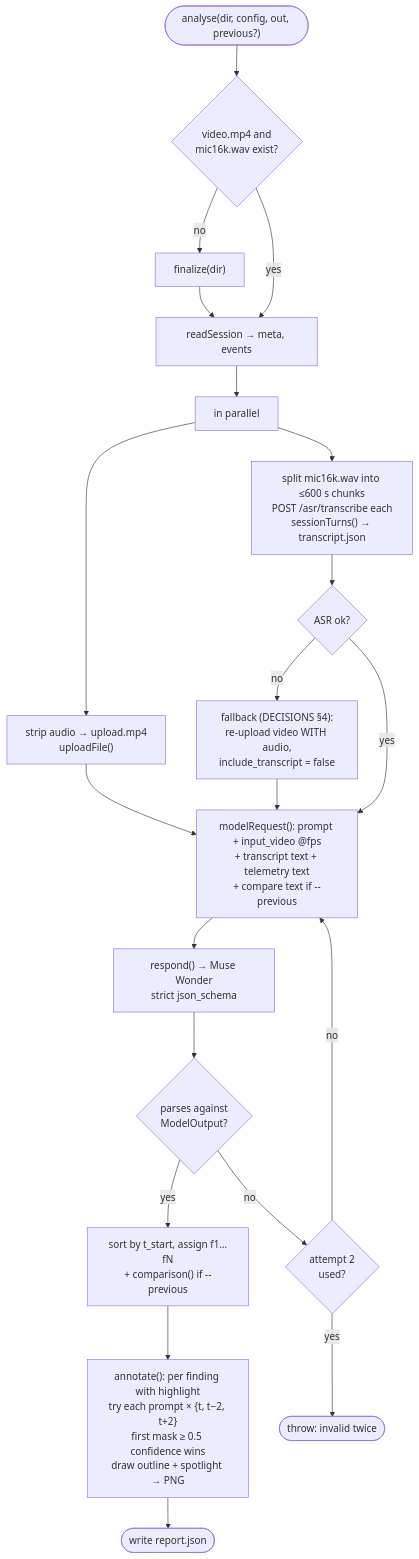
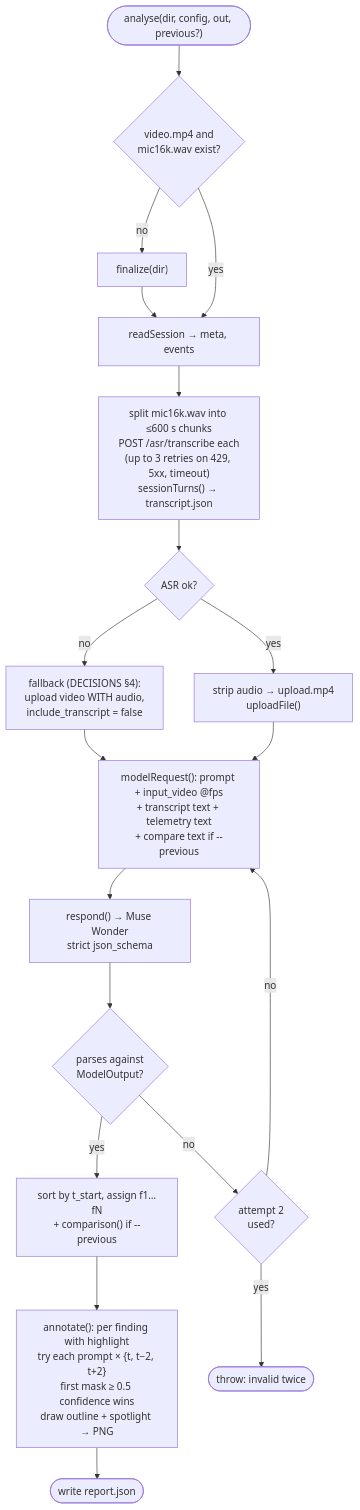
The fifth of 9 diagrams in docs/architecture.md (tornupgaming/playtest-analyst), drawn with Mermaid before and after one commit. The commit also changed other lines of this file and 14 other files, not shown here.

First line of the commit message:
TUG-135: retry ASR blips, upload the video once, retry a malformed patch answer, one-line CLI errors

````diff
--- a/docs/architecture.md
+++ b/docs/architecture.md
@@ -233,35 +230,32 @@
 ```mermaid
 flowchart TB
   start(["analyse(dir, config, out, previous?)"])
   fin{"video.mp4 and<br/>mic16k.wav exist?"}
   doFin["finalize(dir)"]
   read["readSession → meta, events"]
-  par["in parallel"]
   up["strip audio → upload.mp4<br/>uploadFile()"]
-  asr["split mic16k.wav into ≤600 s chunks<br/>POST /asr/transcribe each<br/>sessionTurns() → transcript.json"]
+  asr["split mic16k.wav into ≤600 s chunks<br/>POST /asr/transcribe each<br/>(up to 3 retries on 429, 5xx, timeout)<br/>sessionTurns() → transcript.json"]
   asrok{"ASR ok?"}
-  fallback["fallback (DECISIONS §4):<br/>re-upload video WITH audio,<br/>include_transcript = false"]
+  fallback["fallback (DECISIONS §4):<br/>upload video WITH audio,<br/>include_transcript = false"]
   req["modelRequest(): prompt + input_video @fps<br/>+ transcript text + telemetry text<br/>+ compare text if --previous"]
   wonder["respond() → Muse Wonder<br/>strict json_schema"]
   valid{"parses against<br/>ModelOutput?"}
   retry{"attempt 2<br/>used?"}
   fail(["throw: invalid twice"])
   ids["sort by t_start, assign f1…fN<br/>+ comparison() if --previous"]
   sam["annotate(): per finding with highlight<br/>try each prompt × {t, t−2, t+2}<br/>first mask ≥ 0.5 confidence wins<br/>draw outline + spotlight → PNG"]
   write(["write report.json"])
 
   start --> fin
   fin -- no --> doFin --> read
   fin -- yes --> read
-  read --> par --> up & asr
-  asr --> asrok
+  read --> asr --> asrok
   asrok -- no --> fallback --> req
-  asrok -- yes --> req
-  up --> req
+  asrok -- yes --> up --> req
   req --> wonder --> valid
   valid -- yes --> ids
   valid -- no --> retry
   retry -- no --> req
   retry -- yes --> fail
   ids --> sam --> write
 ```
````
